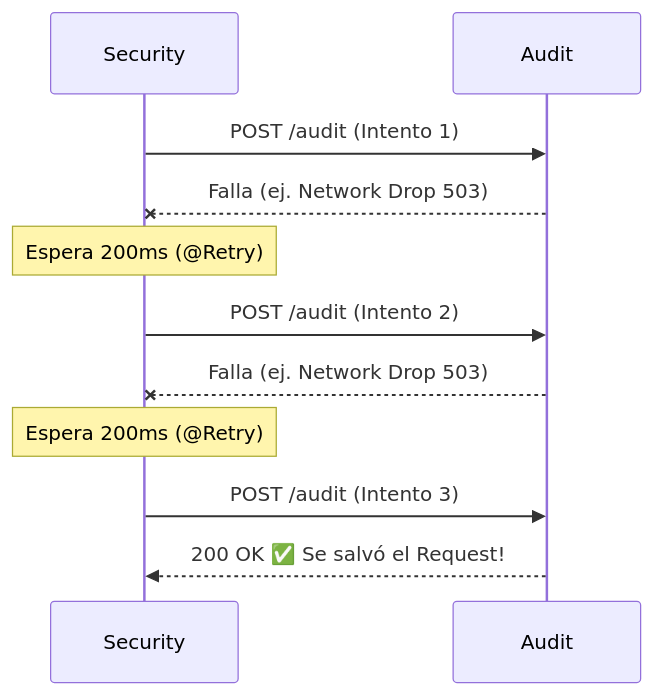
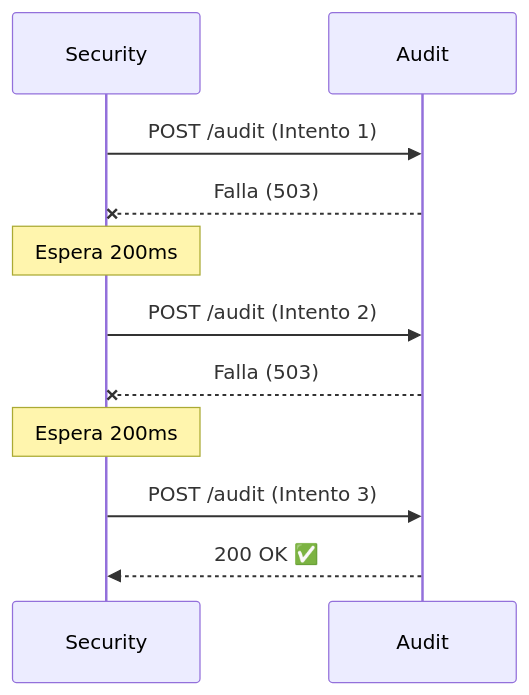
Before and after one commit to teamdroid-trainer/docs-docusaurus-trainer: the third of 5 diagrams in docs/backend-java-quarkus/05-resiliencia/fault-tolerance.md, drawn with Mermaid. The commit also changed other lines of this file and 35 other files, not shown here.

````diff
--- a/docs/backend-java-quarkus/05-resiliencia/fault-tolerance.md
+++ b/docs/backend-java-quarkus/05-resiliencia/fault-tolerance.md
@@ -83,14 +89,14 @@
 ```mermaid
 sequenceDiagram
     participant Security
     participant Audit
 
     Security->>Audit: POST /audit (Intento 1)
-    Audit--xSecurity: Falla (ej. Network Drop 503)
-    Note over Security: Espera 200ms (@Retry)
+    Audit--xSecurity: Falla (503)
+    Note over Security: Espera 200ms
     Security->>Audit: POST /audit (Intento 2)
-    Audit--xSecurity: Falla (ej. Network Drop 503)
-    Note over Security: Espera 200ms (@Retry)
+    Audit--xSecurity: Falla (503)
+    Note over Security: Espera 200ms
     Security->>Audit: POST /audit (Intento 3)
-    Audit-->>Security: 200 OK ✅ Se salvó el Request!
+    Audit-->>Security: 200 OK ✅
 ```
````
